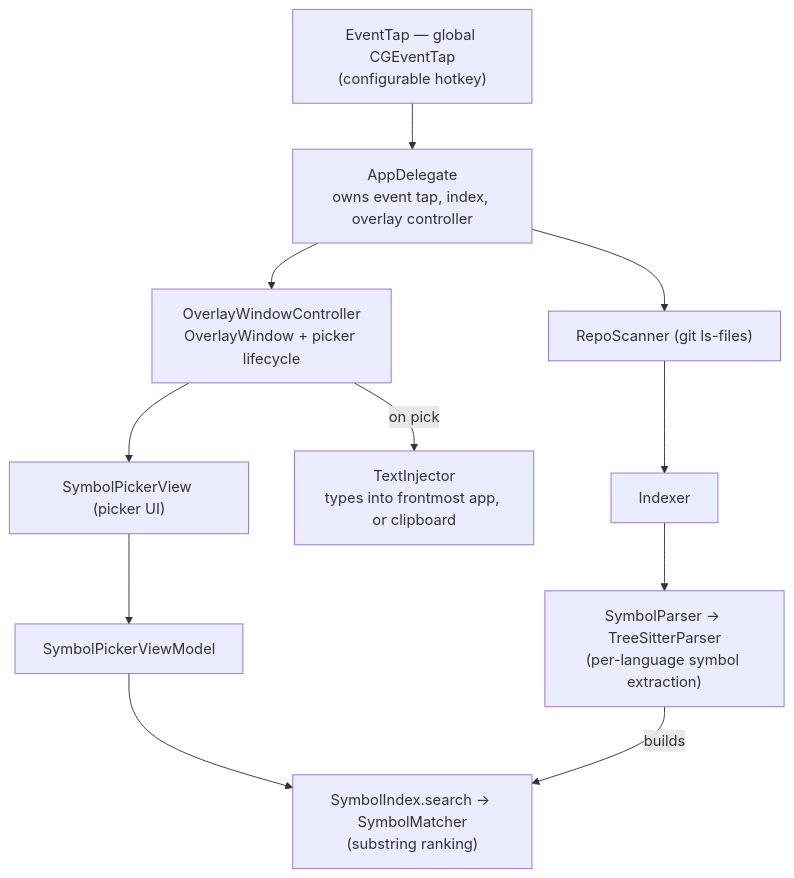
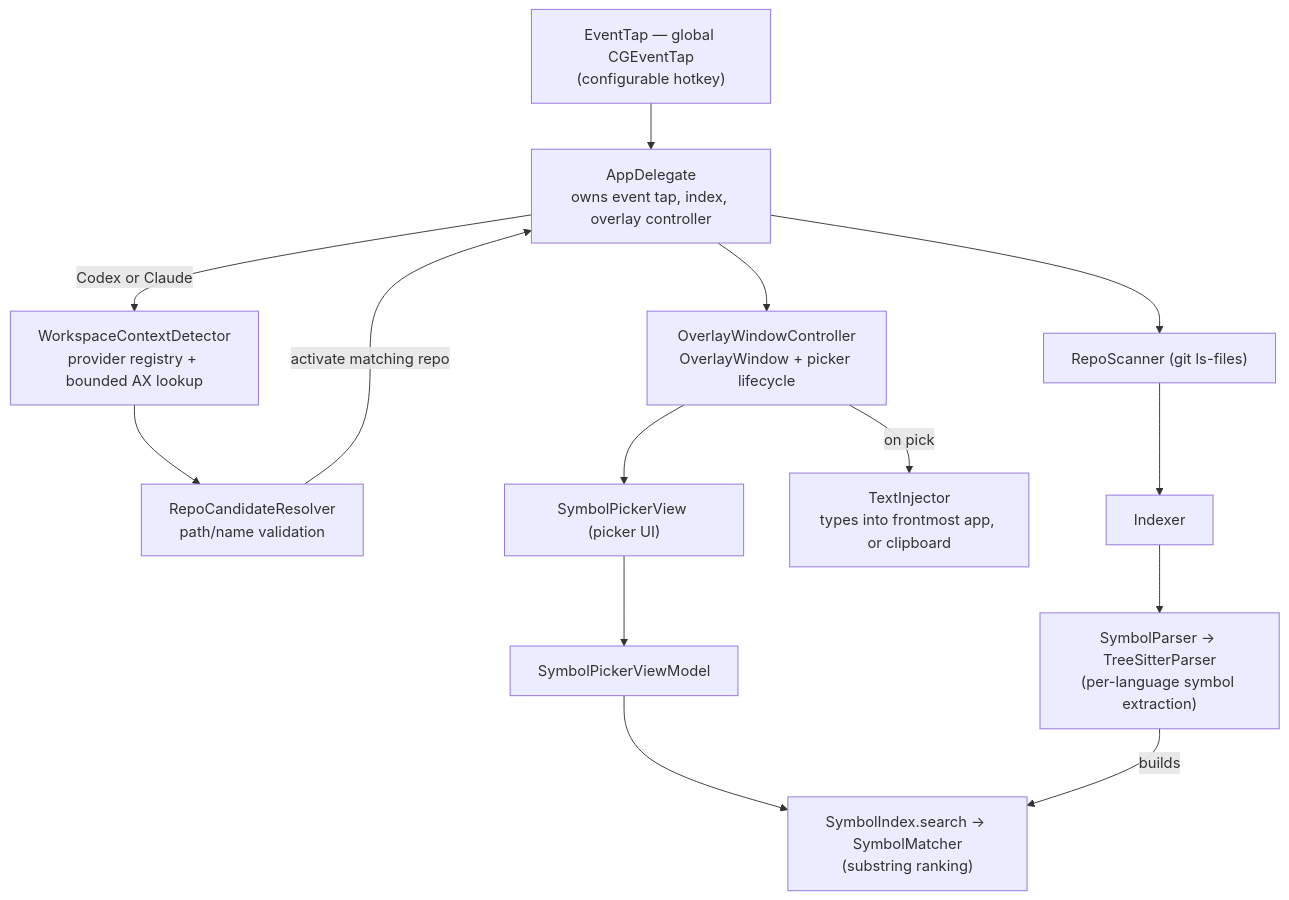
The diagram in README.md (one-melange/symbol-scan), drawn with Mermaid before and after one commit. The commit also changed other lines of this file and 14 other files, not shown here.

Commit message:
Add automatic repo context detection

````diff
--- a/README.md
+++ b/README.md
@@ -101,23 +107,26 @@
 ```mermaid
 flowchart TD
     Trigger["EventTap — global CGEventTap<br/>(configurable hotkey)"]
     App["AppDelegate<br/>owns event tap, index, overlay controller"]
+    Context["WorkspaceContextDetector<br/>provider registry + bounded AX lookup"]
+    Resolver["RepoCandidateResolver<br/>path/name validation"]
     OWC["OverlayWindowController<br/>OverlayWindow + picker lifecycle"]
     View["SymbolPickerView (picker UI)"]
     VM["SymbolPickerViewModel"]
     Index["SymbolIndex.search → SymbolMatcher<br/>(substring ranking)"]
     Injector["TextInjector<br/>types into frontmost app, or clipboard"]
 
     Scanner["RepoScanner (git ls-files)"]
     Indexer["Indexer"]
     Parser["SymbolParser → TreeSitterParser<br/>(per-language symbol extraction)"]
 
     Trigger --> App
+    App -->|Codex or Claude| Context --> Resolver -->|activate matching repo| App
     App --> OWC
     OWC --> View --> VM --> Index
     OWC -->|on pick| Injector
 
     App --> Scanner
     Scanner --> Indexer --> Parser
     Parser -->|builds| Index
 ```
````
